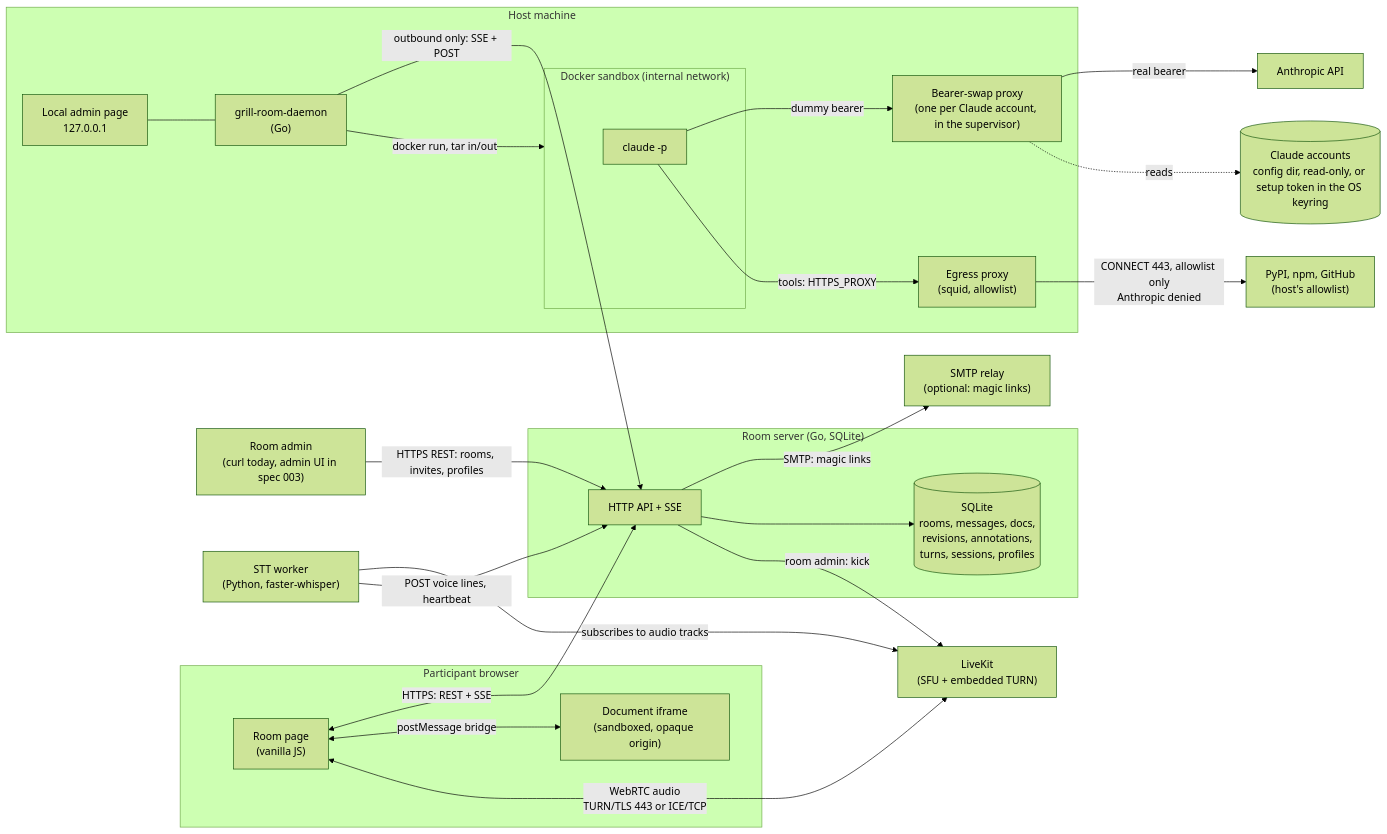
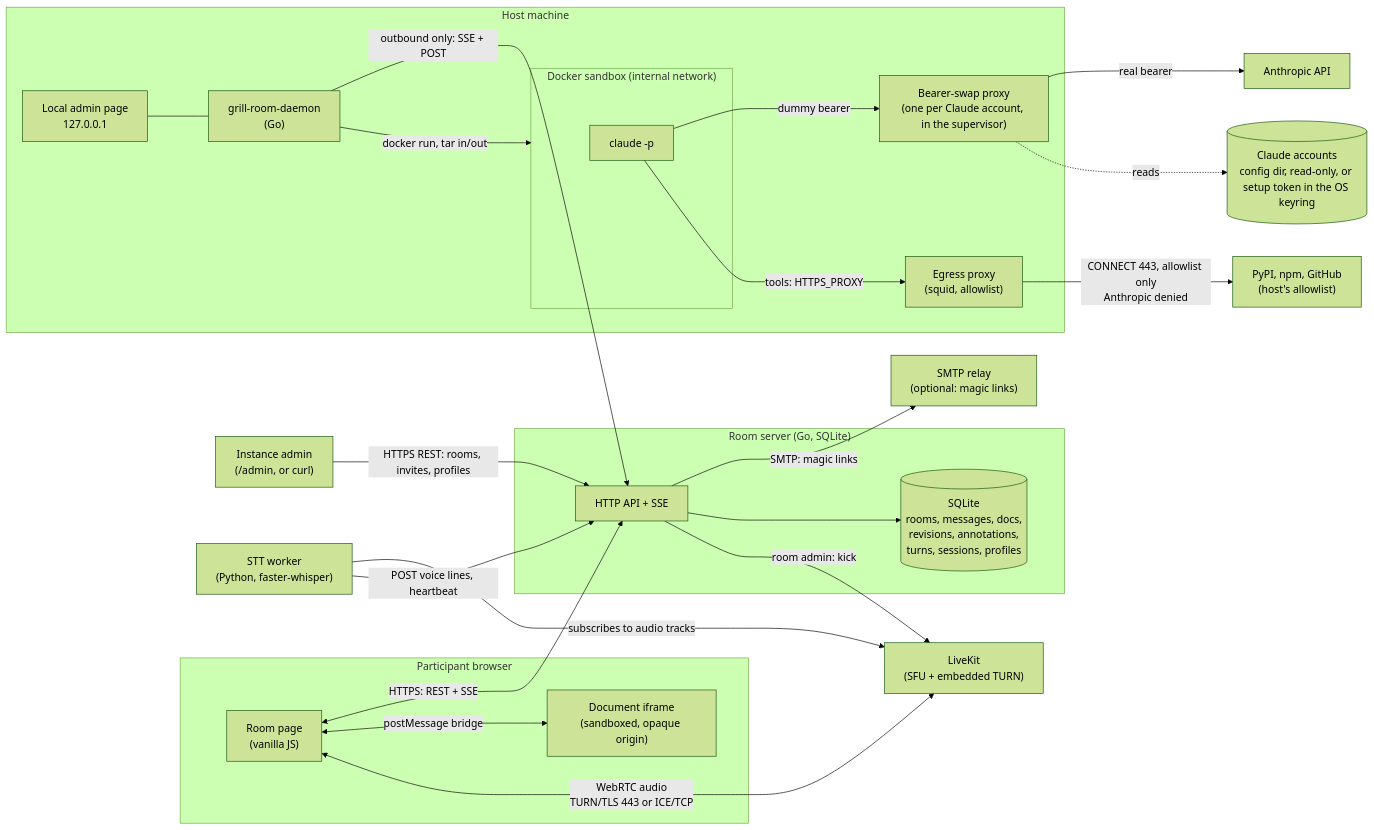
Before and after one commit to babs/grill-room: the diagram in docs/architecture.md, drawn with Mermaid (forest theme). The commit also changed other lines of this file and 36 other files, not shown here.

````diff
--- a/docs/architecture.md
+++ b/docs/architecture.md
@@ -5,48 +5,48 @@
 ```mermaid
 flowchart LR
   subgraph Browser["Participant browser"]
     UI["Room page<br/>(vanilla JS)"]
     Frame["Document iframe<br/>(sandboxed, opaque origin)"]
   end
 
   subgraph Server["Room server (Go, SQLite)"]
     API["HTTP API + SSE"]
     Store[("SQLite<br/>rooms, messages, docs,<br/>revisions, annotations,<br/>turns, sessions, profiles")]
   end
 
-  AdminC["Room admin<br/>(curl today, admin UI in spec 003)"]
+  AdminC["Instance admin<br/>(/admin, or curl)"]
   SMTP["SMTP relay<br/>(optional: magic links)"]
   LK["LiveKit<br/>(SFU + embedded TURN)"]
   STT["STT worker<br/>(Python, faster-whisper)"]
 
   subgraph Host["Host machine"]
     Daemon["grill-room-daemon<br/>(Go)"]
     Admin["Local admin page<br/>127.0.0.1"]
     Proxy["Bearer-swap proxy<br/>(one per Claude account, in the supervisor)"]
     subgraph Sandbox["Docker sandbox (internal network)"]
       Claude["claude -p"]
     end
     Squid["Egress proxy<br/>(squid, allowlist)"]
   end
 
   Anthropic["Anthropic API"]
   Creds[("Claude accounts<br/>config dir, read-only, or setup token in the OS keyring")]
 
   UI <-->|"HTTPS: REST + SSE"| API
   AdminC -->|"HTTPS REST: rooms, invites, profiles"| API
   API -->|"SMTP: magic links"| SMTP
   UI <-->|"postMessage bridge"| Frame
   UI <-->|"WebRTC audio<br/>TURN/TLS 443 or ICE/TCP"| LK
   STT -->|"subscribes to audio tracks"| LK
   STT -->|"POST voice lines, heartbeat"| API
   API --> Store
   API -->|"room admin: kick"| LK
   Daemon -->|"outbound only: SSE + POST"| API
   Admin --- Daemon
   Daemon -->|"docker run, tar in/out"| Sandbox
   Claude -->|"dummy bearer"| Proxy
   Proxy -->|"real bearer"| Anthropic
   Claude -->|"tools: HTTPS_PROXY"| Squid
   Squid -->|"CONNECT 443, allowlist only<br/>Anthropic denied"| Internet["PyPI, npm, GitHub<br/>(host's allowlist)"]
   Proxy -.->|"reads"| Creds
 ```
````
